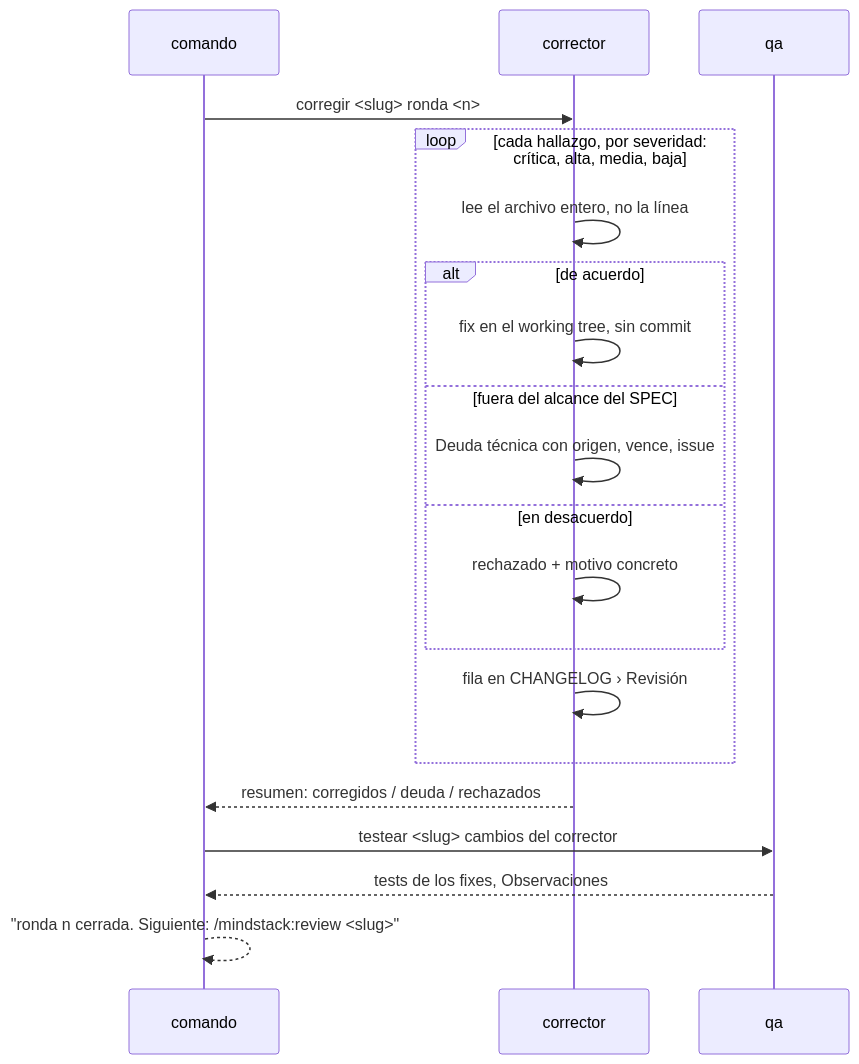
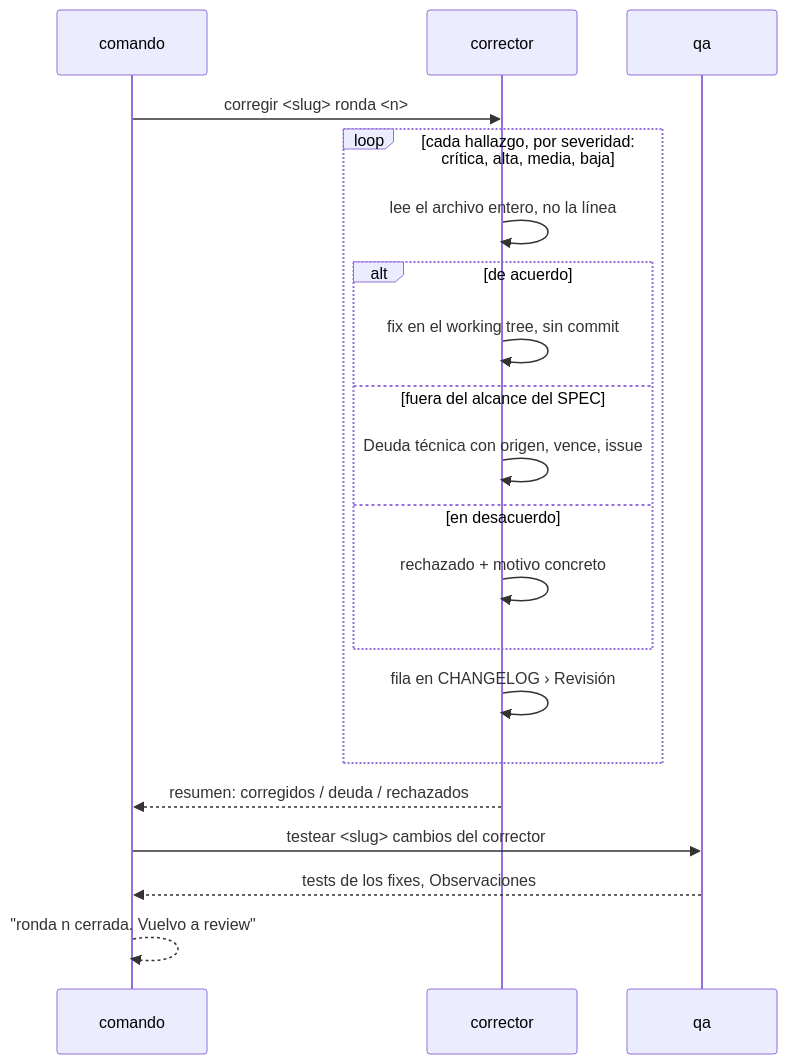
One commit to octavio-parozlabs/mindstack changed the diagram in skills/workflow/references/fix.md. Above: the diagram before and after it, drawn with Mermaid. The commit also changed other lines of this file and 58 other files, not shown here.

````diff
--- a/skills/workflow/references/fix.md
+++ b/skills/workflow/references/fix.md
@@ -5,22 +5,22 @@
 ```mermaid
 sequenceDiagram
     participant C as comando
     participant F as corrector
     participant Q as qa
     C->>F: corregir <slug> ronda <n>
     loop cada hallazgo, por severidad: crítica, alta, media, baja
         F->>F: lee el archivo entero, no la línea
         alt de acuerdo
             F->>F: fix en el working tree, sin commit
         else fuera del alcance del SPEC
             F->>F: Deuda técnica con origen, vence, issue
         else en desacuerdo
             F->>F: rechazado + motivo concreto
         end
         F->>F: fila en CHANGELOG › Revisión
     end
     F-->>C: resumen: corregidos / deuda / rechazados
     C->>Q: testear <slug> cambios del corrector
     Q-->>C: tests de los fixes, Observaciones
-    C-->>C: "ronda n cerrada. Siguiente: /mindstack:review <slug>"
+    C-->>C: "ronda n cerrada. Vuelvo a review"
 ```
````
